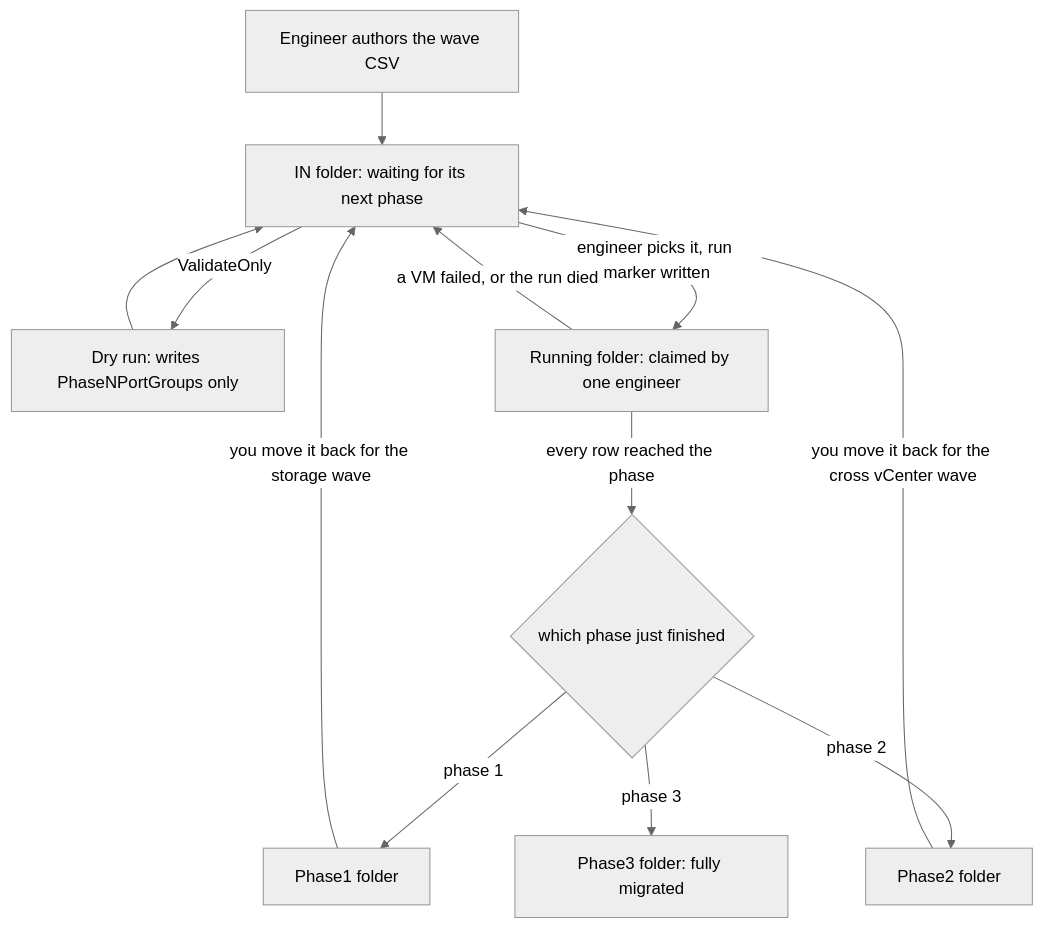
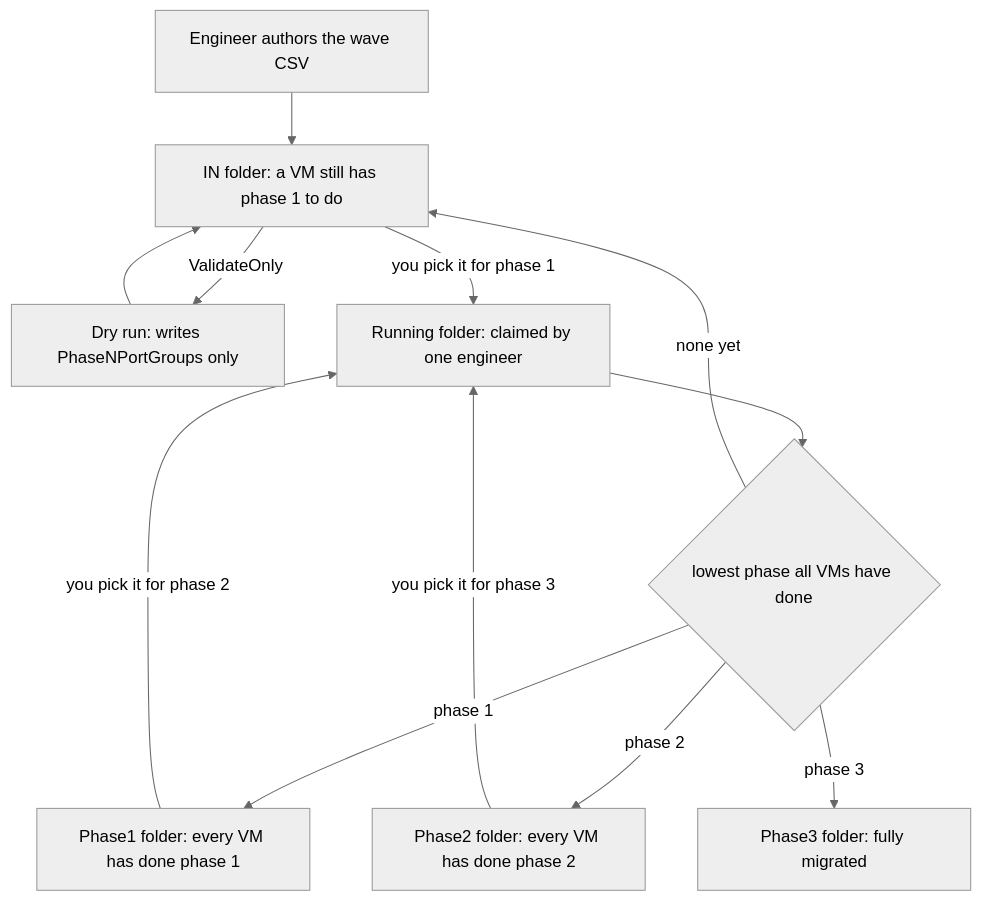
Before and after one commit to dsjodin/Vm-migrate: the diagram in README.md, drawn with Mermaid (neutral theme). The commit also changed other lines of this file and 4 other files, not shown here.

````diff
--- a/README.md
+++ b/README.md
@@ -65,14 +66,14 @@
 ```mermaid
 graph TD
-    A[Engineer authors the wave CSV] --> IN[IN folder: waiting for its next phase]
+    A[Engineer authors the wave CSV] --> IN[IN folder: a VM still has phase 1 to do]
     IN -->|ValidateOnly| DRY[Dry run: writes PhaseNPortGroups only]
     DRY --> IN
-    IN -->|engineer picks it, run marker written| RUN[Running folder: claimed by one engineer]
-    RUN -->|a VM failed, or the run died| IN
-    RUN -->|every row reached the phase| WHICH{which phase just finished}
-    WHICH -->|phase 1| P1[Phase1 folder]
-    WHICH -->|phase 2| P2[Phase2 folder]
-    WHICH -->|phase 3| P3[Phase3 folder: fully migrated]
-    P1 -->|you move it back for the storage wave| IN
-    P2 -->|you move it back for the cross vCenter wave| IN
+    IN -->|you pick it for phase 1| RUN[Running folder: claimed by one engineer]
+    P1[Phase1 folder: every VM has done phase 1] -->|you pick it for phase 2| RUN
+    P2[Phase2 folder: every VM has done phase 2] -->|you pick it for phase 3| RUN
+    RUN --> HOME{lowest phase all VMs have done}
+    HOME -->|none yet| IN
+    HOME -->|phase 1| P1
+    HOME -->|phase 2| P2
+    HOME -->|phase 3| P3[Phase3 folder: fully migrated]
 ```
````
